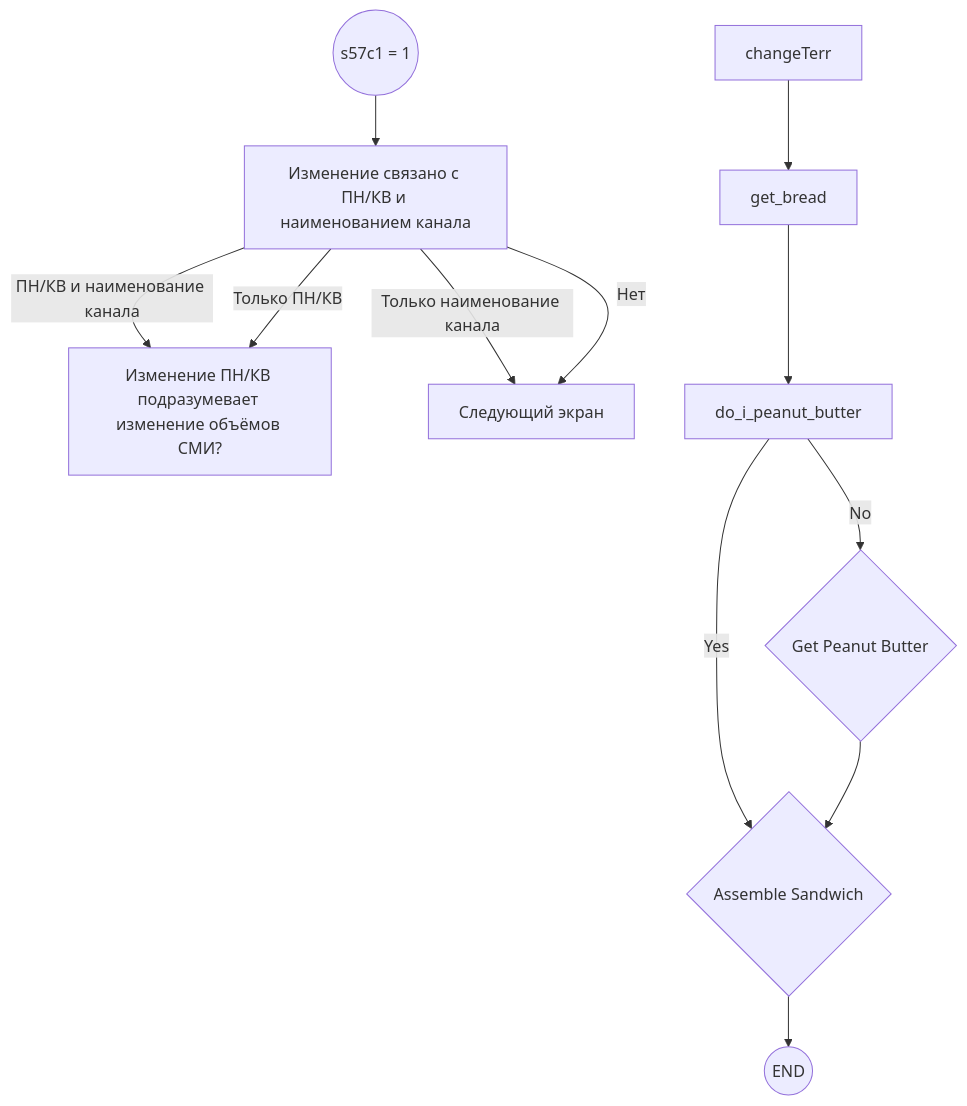
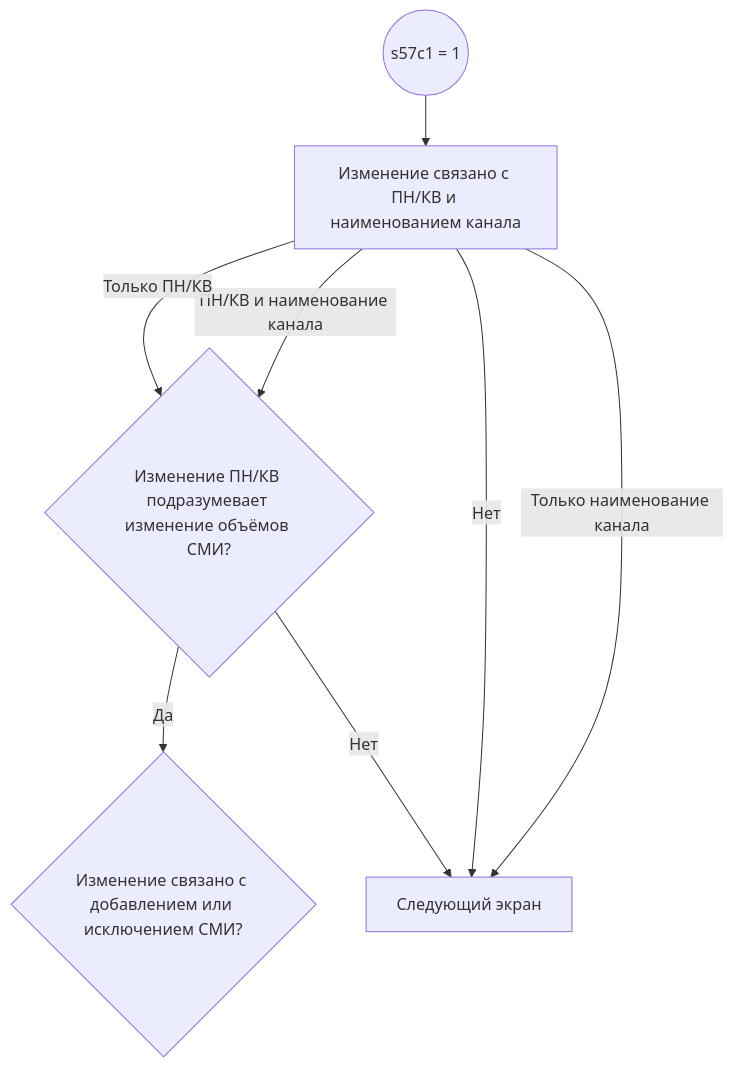
The second of 2 diagrams in README.md (wolkoduff/myObsidianSync), drawn with Mermaid before and after one commit.

Commit message:
vault backup: 06.12.2024 10:31

````diff
--- a/README.md
+++ b/README.md
@@ -32,15 +32,10 @@
 ```mermaid
 flowchart TB
     start_sequence((s57c1 = 1)) --> concept[Изменение связано с ПН/КВ и наименованием канала]
-    concept --> |ПН/КВ и наименование канала|changeSmiVolume[Изменение ПН/КВ подразумевает изменение объёмов СМИ?]
+    concept --> |ПН/КВ и наименование канала|changeSmiVolume{Изменение ПН/КВ подразумевает изменение объёмов СМИ?}
     concept --> |Только наименование канала|next[Следующий экран]
-    concept --> |Только ПН/КВ|changeSmiVolume[Изменение ПН/КВ подразумевает изменение объёмов СМИ?]
+    concept --> |Только ПН/КВ|changeSmiVolume{Изменение ПН/КВ подразумевает изменение объёмов СМИ?}
     concept --> |Нет|next[Следующий экран]
-    changeSmiVolume
-    changeTerr --> get_bread
-    get_bread -->   do_i_peanut_butter
-    do_i_peanut_butter -->|No| get_peanut_butter{Get Peanut Butter}
-    do_i_peanut_butter -->|Yes| assemble{Assemble Sandwich}
-    get_peanut_butter --> assemble{Assemble Sandwich}
-    assemble --> end_sequence((END))
+    changeSmiVolume --> |Да|changeSmi{Изменение связано с добавлением или исключением СМИ?}
+    changeSmiVolume --> |Нет|next[Следующий экран]
 ```
````
